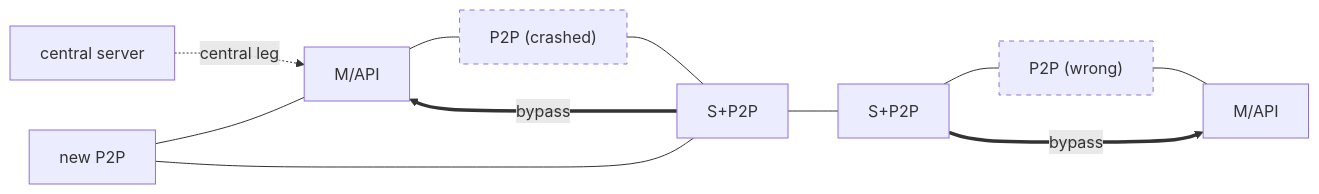
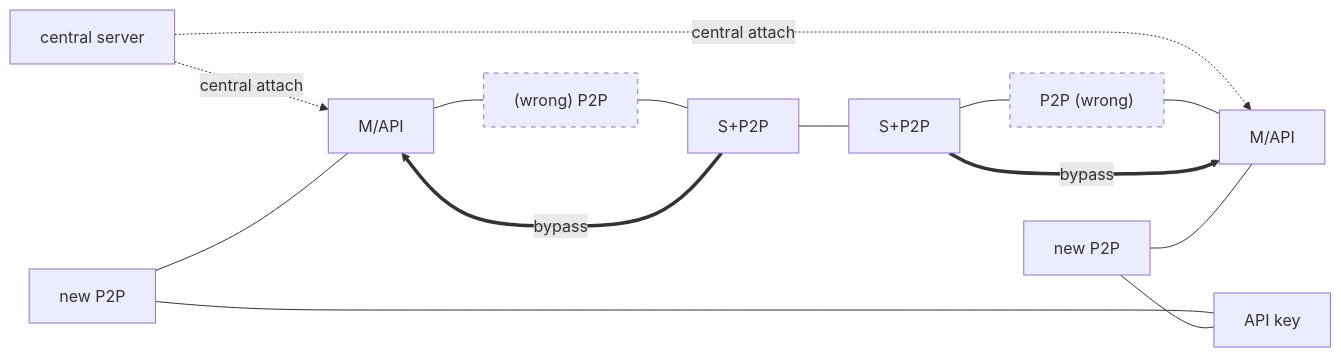
One commit to Larrydev-cpp/secdogie changed the second of 3 diagrams in inference/README.md. Above: the diagram before and after it, drawn with Mermaid. The commit also changed other lines of this file and 28 other files, not shown here.

````diff
--- a/inference/README.md
+++ b/inference/README.md
@@ -50,10 +55,13 @@
 ```mermaid
 flowchart LR
-  C["central server"] -.->|"central leg"| L
+  C["central server"] -.->|"central attach"| L
+  C -.->|"central attach"| R
   S2 ==>|"bypass"| L
   N1["new P2P"] --- L
-  N1 --- S2
-  L["M/API"] --- W1["P2P (crashed)"]:::bad --- S2["S+P2P"] --- S3["S+P2P"] --- W4["P2P (wrong)"]:::bad --- R["M/API"]
+  N1 --- K["API key"]
+  L["M/API"] --- S1["(wrong) P2P"]:::bad --- S2["S+P2P"] --- S3["S+P2P"] --- S4["P2P (wrong)"]:::bad --- R["M/API"]
   S3 ==>|"bypass"| R
+  N2["new P2P"] --- R
+  N2 --- K
   classDef bad stroke-dasharray: 5 5
 ```
````
